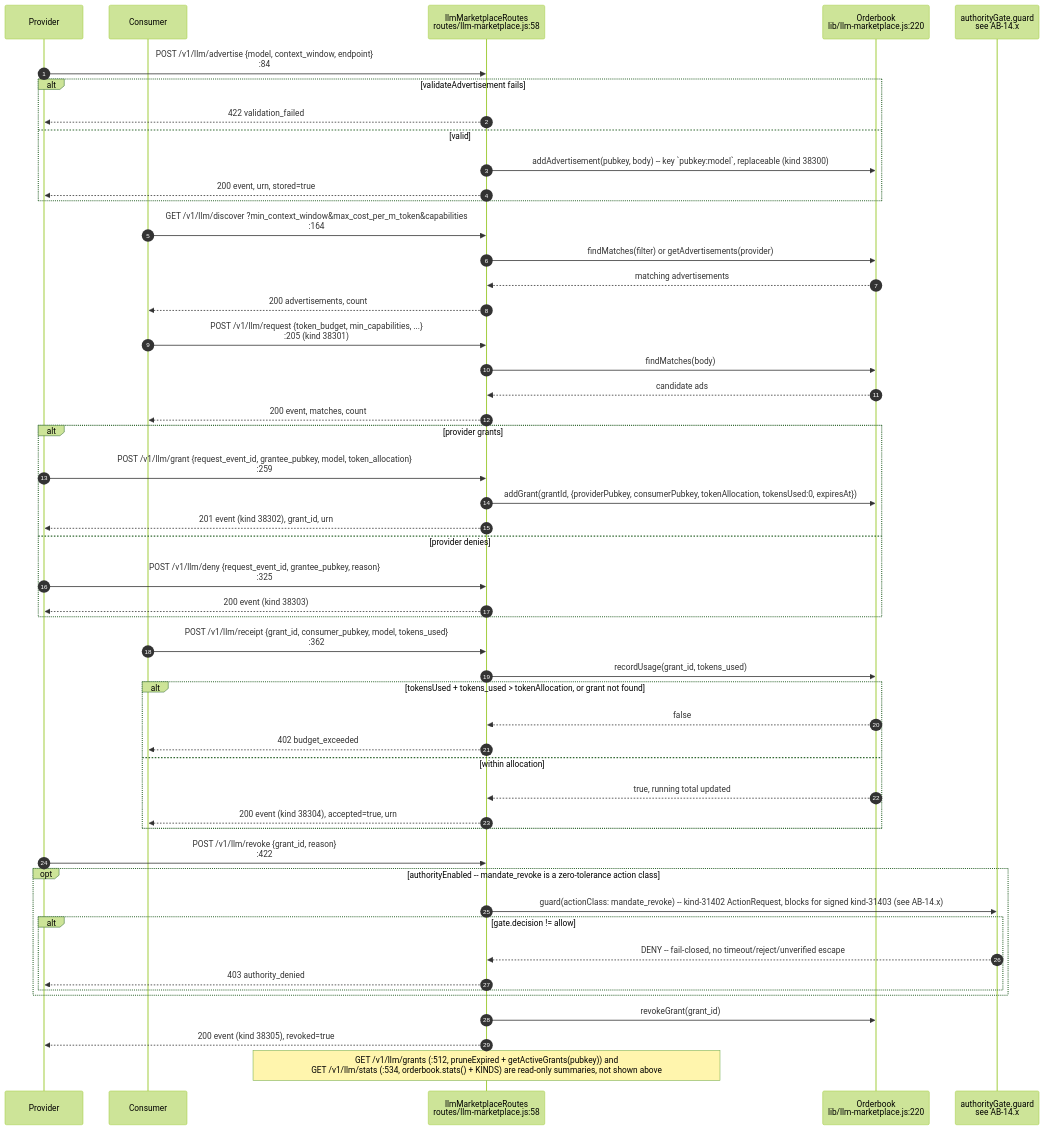
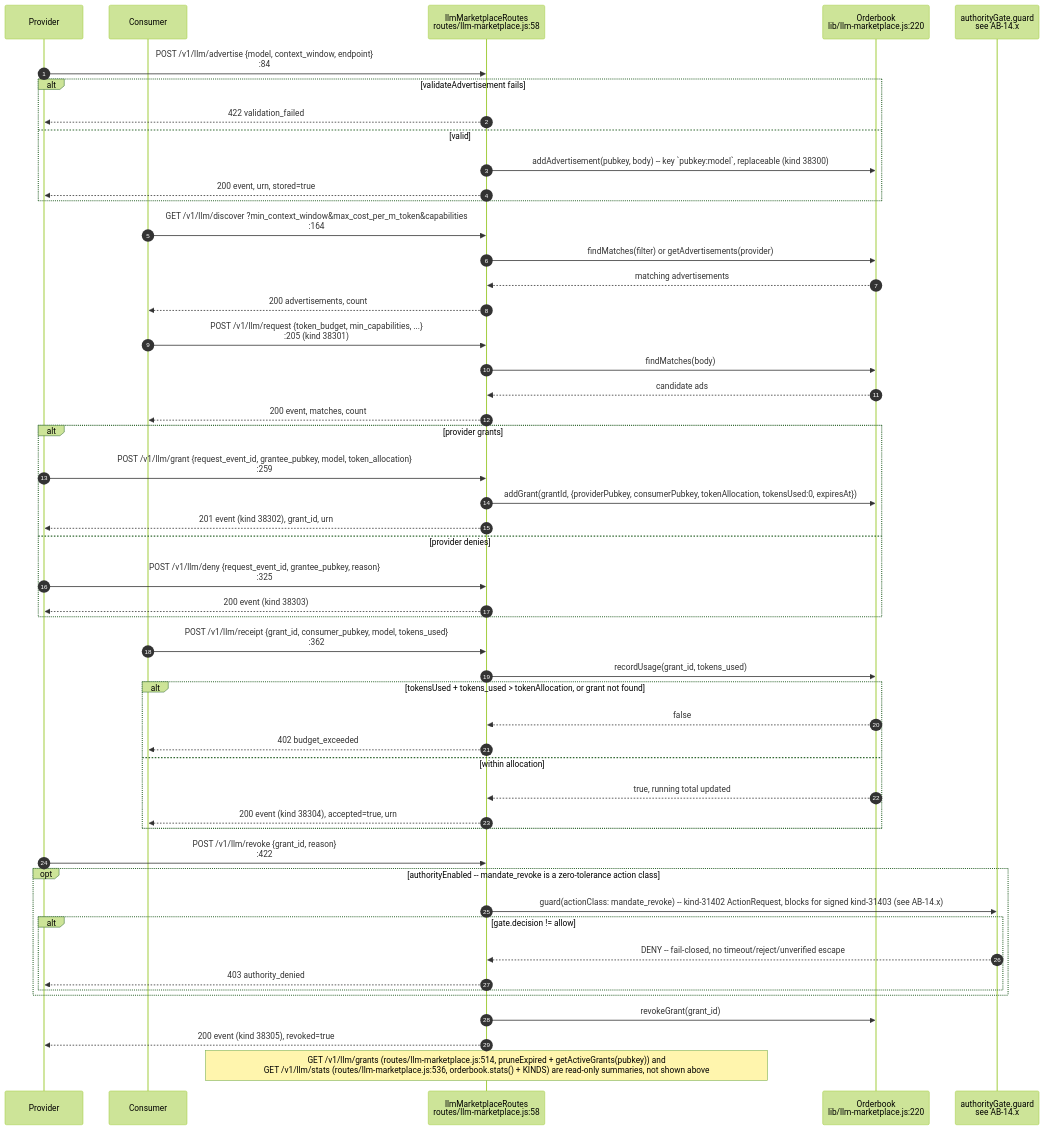
Before and after one commit to DreamLab-AI/VisionFlow: the ninth of 14 diagrams in docs/diagrams/agentbox/15-capability-gating-spend-consultants.md, drawn with Mermaid (forest theme). The commit also changed other lines of this file and 52 other files, not shown here.

First line of the commit message:
docs(diagrams): wave 3 checkpoint — bare line refs resolved, revision-pinned cite-check, VC-05/AB-01..13 re-attested

````diff
--- a/docs/diagrams/agentbox/15-capability-gating-spend-consultants.md
+++ b/docs/diagrams/agentbox/15-capability-gating-spend-consultants.md
@@ -427,59 +427,59 @@
 ```mermaid
 sequenceDiagram
     autonumber
     participant Prov as Provider
     participant Cons as Consumer
     participant R as llmMarketplaceRoutes<br/>routes/llm-marketplace.js:58
     participant OB as Orderbook<br/>lib/llm-marketplace.js:220
     participant Gate as authorityGate.guard<br/>see AB-14.x
 
     Prov->>R: POST /v1/llm/advertise {model, context_window, endpoint}<br/>:84
     alt validateAdvertisement fails
         R-->>Prov: 422 validation_failed
     else valid
         R->>OB: addAdvertisement(pubkey, body) -- key #96;pubkey:model#96;, replaceable (kind 38300)
         R-->>Prov: 200 event, urn, stored=true
     end
 
     Cons->>R: GET /v1/llm/discover ?min_context_window&max_cost_per_m_token&capabilities<br/>:164
     R->>OB: findMatches(filter) or getAdvertisements(provider)
     OB-->>R: matching advertisements
     R-->>Cons: 200 advertisements, count
 
     Cons->>R: POST /v1/llm/request {token_budget, min_capabilities, ...}<br/>:205 (kind 38301)
     R->>OB: findMatches(body)
     OB-->>R: candidate ads
     R-->>Cons: 200 event, matches, count
 
     alt provider grants
         Prov->>R: POST /v1/llm/grant {request_event_id, grantee_pubkey, model, token_allocation}<br/>:259
         R->>OB: addGrant(grantId, {providerPubkey, consumerPubkey, tokenAllocation, tokensUsed:0, expiresAt})
         R-->>Prov: 201 event #40;kind 38302#41;, grant_id, urn
     else provider denies
         Prov->>R: POST /v1/llm/deny {request_event_id, grantee_pubkey, reason}<br/>:325
         R-->>Prov: 200 event #40;kind 38303#41;
     end
 
     Cons->>R: POST /v1/llm/receipt {grant_id, consumer_pubkey, model, tokens_used}<br/>:362
     R->>OB: recordUsage(grant_id, tokens_used)
     alt tokensUsed + tokens_used #62; tokenAllocation, or grant not found
         OB-->>R: false
         R-->>Cons: 402 budget_exceeded
     else within allocation
         OB-->>R: true, running total updated
         R-->>Cons: 200 event #40;kind 38304#41;, accepted=true, urn
     end
 
     Prov->>R: POST /v1/llm/revoke {grant_id, reason}<br/>:422
     opt authorityEnabled -- mandate_revoke is a zero-tolerance action class
         R->>Gate: guard#40;actionClass: mandate_revoke#41; -- kind-31402 ActionRequest, blocks for signed kind-31403 (see AB-14.x)
         alt gate.decision != allow
             Gate-->>R: DENY -- fail-closed, no timeout/reject/unverified escape
             R-->>Prov: 403 authority_denied
         end
     end
     R->>OB: revokeGrant(grant_id)
     R-->>Prov: 200 event #40;kind 38305#41;, revoked=true
 
-    Note over R: GET /v1/llm/grants #40;:512, pruneExpired + getActiveGrants#40;pubkey#41;#41; and<br/>GET /v1/llm/stats #40;:534, orderbook.stats#40;#41; + KINDS#41; are read-only summaries, not shown above
+    Note over R: GET /v1/llm/grants #40;routes/llm-marketplace.js:514, pruneExpired + getActiveGrants#40;pubkey#41;#41; and<br/>GET /v1/llm/stats #40;routes/llm-marketplace.js:536, orderbook.stats#40;#41; + KINDS#41; are read-only summaries, not shown above
 ```
````
